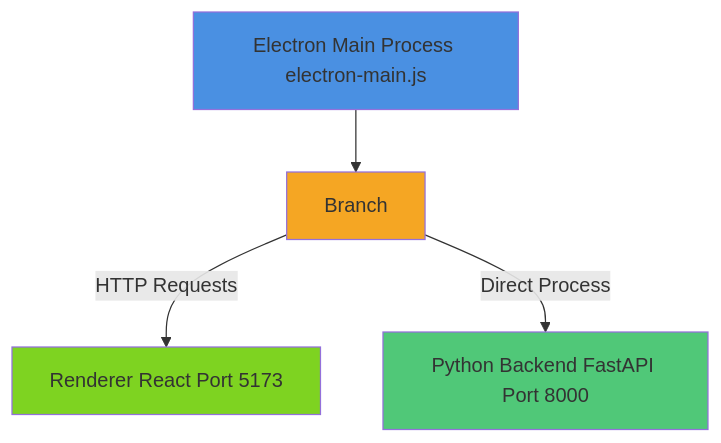
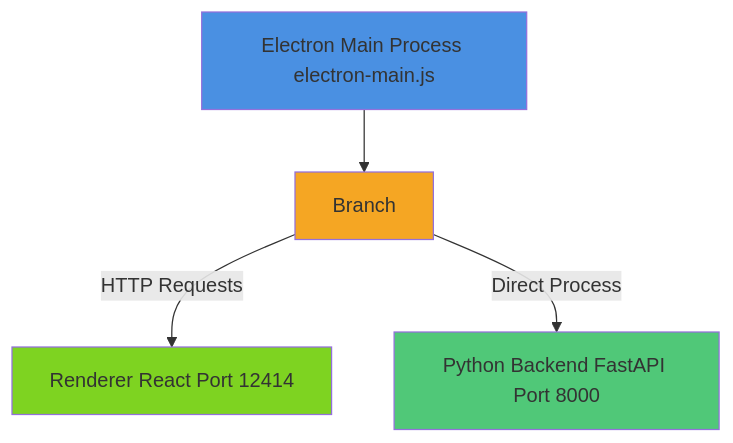
The diagram in docs/guides/electron.md (AmreetKumarkhuntia/knik), drawn with Mermaid before and after one commit. The commit also changed other lines of this file and 28 other files, not shown here.

````diff
--- a/docs/guides/electron.md
+++ b/docs/guides/electron.md
@@ -17,11 +17,11 @@
 ```mermaid
 flowchart TD
     A[Electron Main Process electron-main.js] --> B[Branch]
-    B -->|HTTP Requests| C[Renderer React Port 5173]
+    B -->|HTTP Requests| C[Renderer React Port 12414]
     B -->|Direct Process| D[Python Backend FastAPI Port 8000]
 
     style A fill:#4a90e2
     style B fill:#f5a623
     style C fill:#7ed321
     style D fill:#50c878
 ```
````
